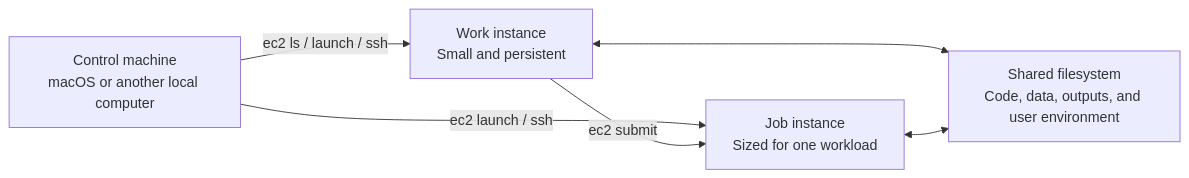
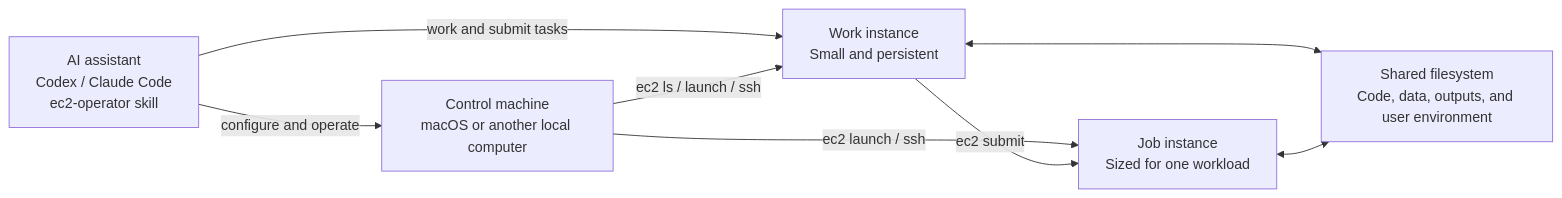
The first of 2 diagrams in README.md (rcmdnk/ec2), drawn with Mermaid before and after one commit. The commit also changed other lines of this file, not shown here.

````diff
--- a/README.md
+++ b/README.md
@@ -26,13 +35,16 @@
 ```mermaid
 flowchart LR
     Control["Control machine<br/>macOS or another local computer"]
+    AI["AI assistant<br/>Codex / Claude Code<br/>ec2-operator skill"]
     Work["Work instance<br/>Small and persistent"]
     Job["Job instance<br/>Sized for one workload"]
     FS["Shared filesystem<br/>Code, data, outputs, and user environment"]
 
+    AI -->|"configure and operate"| Control
+    AI -->|"work and submit tasks"| Work
     Control -->|"ec2 ls / launch / ssh"| Work
     Control -->|"ec2 launch / ssh"| Job
     Work -->|"ec2 submit"| Job
     Work <--> FS
     Job <--> FS
 ```
````
